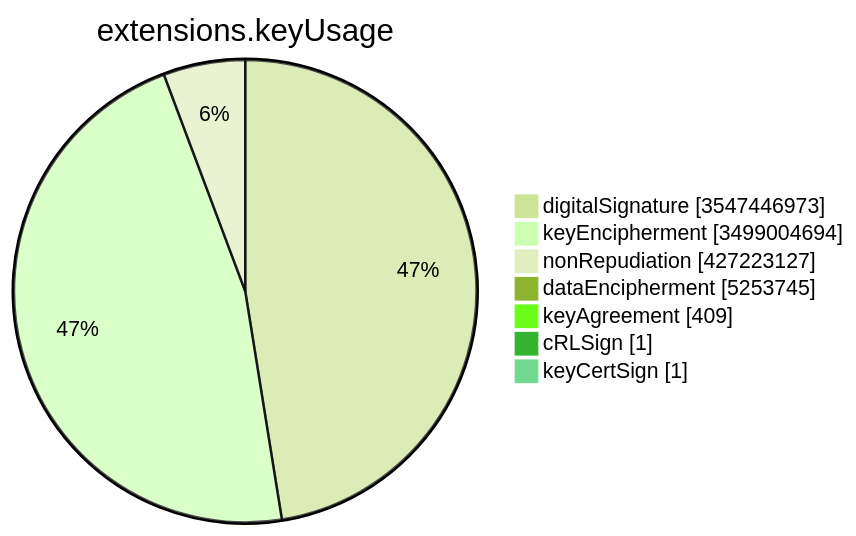
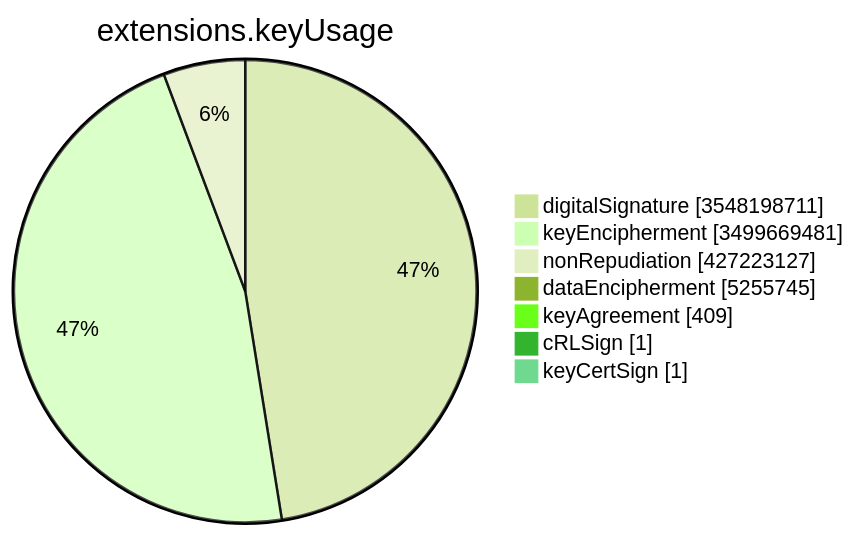
One commit to christiankrug/ctmonitor_visualization changed the sixth of 15 diagrams in TOTAL/README.md. Above: the diagram before and after it, drawn with Mermaid (forest theme). The commit also changed other lines of this file, not shown here.

````diff
--- a/TOTAL/README.md
+++ b/TOTAL/README.md
@@ -3083,11 +3083,11 @@
 ```mermaid
 pie showData
 title extensions.keyUsage
-"digitalSignature" :3547446973
-"keyEncipherment" :3499004694
+"digitalSignature" :3548198711
+"keyEncipherment" :3499669481
 "nonRepudiation" :427223127
-"dataEncipherment" :5253745
+"dataEncipherment" :5255745
 "keyAgreement" :409
 "cRLSign" :1
 "keyCertSign" :1
 ```
````
